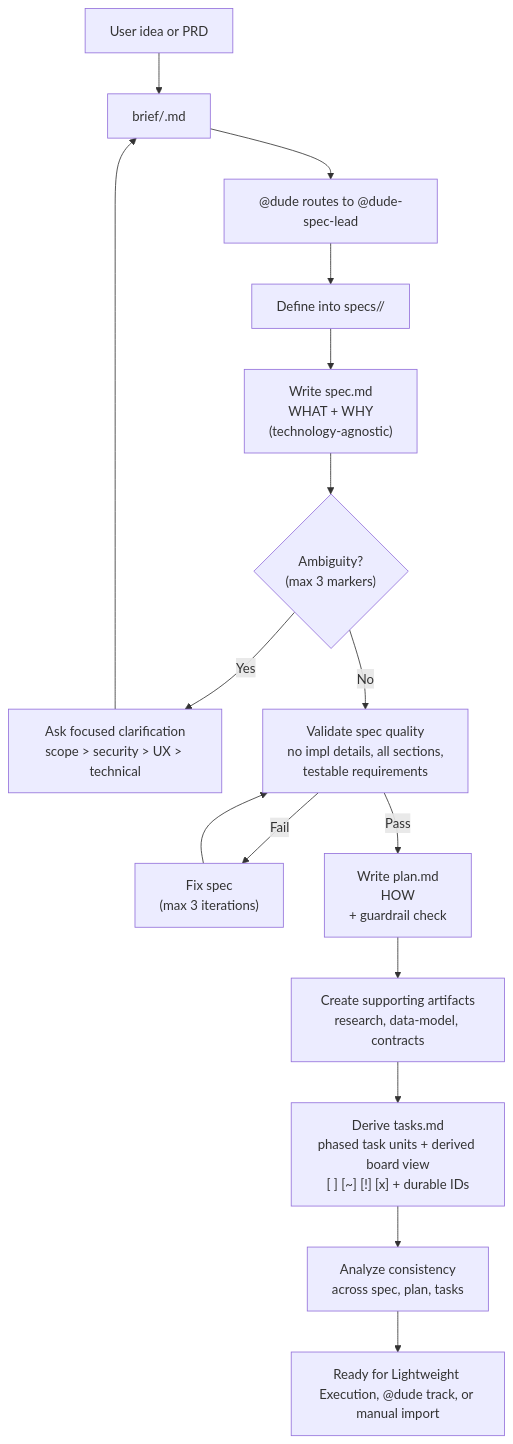
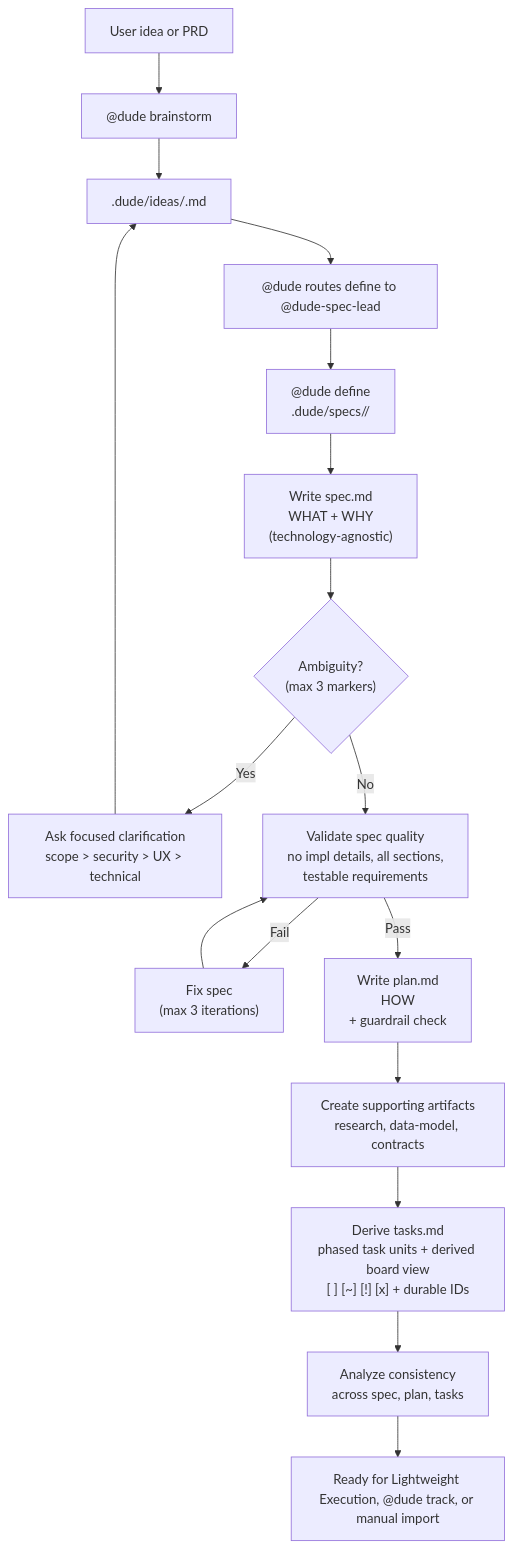
The first of 3 diagrams in docs/reference.md (E-G-C/dude), drawn with Mermaid before and after one commit. The commit also changed other lines of this file and 216 other files, not shown here.

````diff
--- a/docs/reference.md
+++ b/docs/reference.md
@@ -12,18 +15,19 @@
 ```mermaid
 flowchart TD
-    A["User idea or PRD"] --> B["brief/<slug>.md"]
-    B --> C["@dude routes to @dude-spec-lead"]
-    C --> D["Define into specs/<feature>/"]
+  A["User idea or PRD"] --> BS["@dude brainstorm"]
+  BS --> B[".dude/ideas/<slug>.md"]
+  B --> C["@dude routes define to @dude-spec-lead"]
+  C --> D["@dude define <slug>\n.dude/specs/<feature>/"]
     D --> E["Write spec.md\nWHAT + WHY\n(technology-agnostic)"]
     E --> CL{"Ambiguity?\n(max 3 markers)"}
     CL -->|Yes| Q["Ask focused clarification\nscope > security > UX > technical"]
     Q --> B
     CL -->|No| VAL["Validate spec quality\nno impl details, all sections,\ntestable requirements"]
     VAL -->|Fail| FIX["Fix spec\n(max 3 iterations)"]
     FIX --> VAL
     VAL -->|Pass| F["Write plan.md\nHOW\n+ guardrail check"]
     F --> G["Create supporting artifacts\nresearch, data-model, contracts"]
     G --> H["Derive tasks.md\nphased task units + derived board view\n[ ] [~] [!] [x] + durable IDs"]
     H --> I["Analyze consistency\nacross spec, plan, tasks"]
     I --> J["Ready for Lightweight Execution, @dude track, or manual import"]
 ```
````
